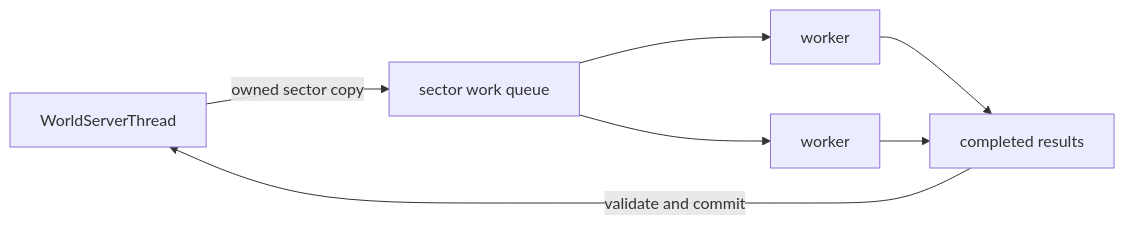
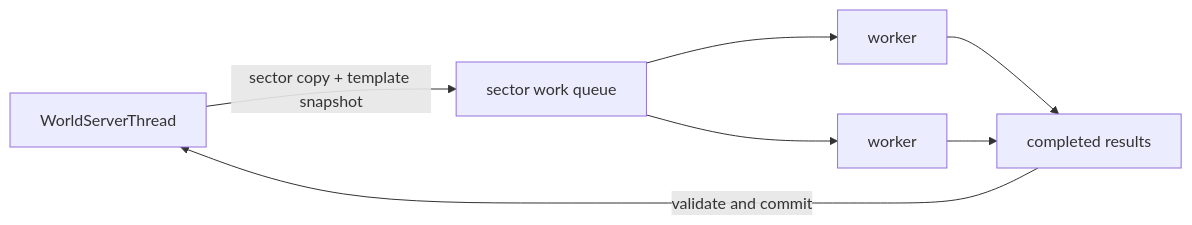
One commit to Modding-VK/OpenStarbound changed the diagram in doc/world-threading.md. Above: the diagram before and after it, drawn with Mermaid. The commit also changed other lines of this file and 7 other files, not shown here.

````diff
--- a/doc/world-threading.md
+++ b/doc/world-threading.md
@@ -10,9 +13,9 @@
 ```mermaid
 flowchart LR
-  World[WorldServerThread] -->|owned sector copy| Queue[sector work queue]
+  World[WorldServerThread] -->|sector copy + template snapshot| Queue[sector work queue]
   Queue --> Worker1[worker]
   Queue --> Worker2[worker]
   Worker1 --> Ready[completed results]
   Worker2 --> Ready
   Ready -->|validate and commit| World
 ```
````
